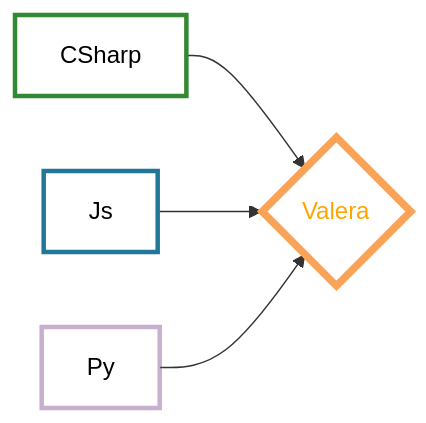
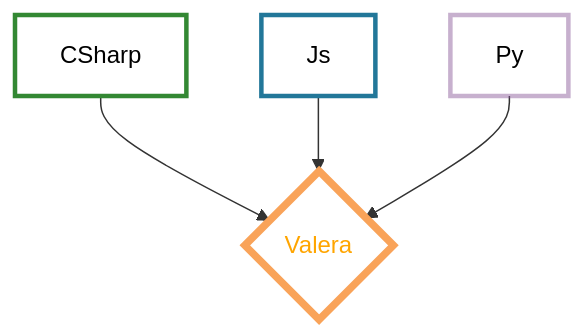
Before and after one commit to ValeraBro/ValeraBro: the diagram in README.md, drawn with Mermaid.

````diff
--- a/README.md
+++ b/README.md
@@ -44,12 +44,12 @@
 ```mermaid
-graph LR 
+graph  
 CSharp -->B{Valera } 
 Js -->B{Valera }
 Py -->B{Valera }
 
 style CSharp fill:white,stroke:#383,stroke-width:3px,color:black
 style Js fill:white,stroke:#279,stroke-width:3px,color:black
 style Py fill:white,stroke:#86549575,stroke-width:3px,color:black
 style B fill:white,stroke:#F9A359,stroke-width:5px,color:Orange
 
 ```
````
